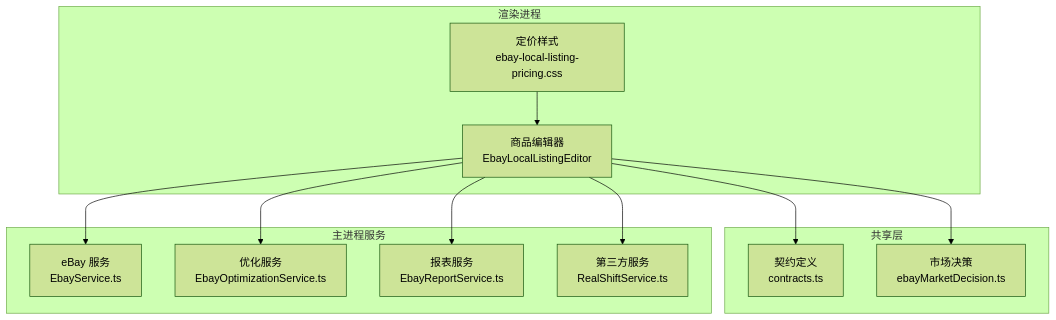
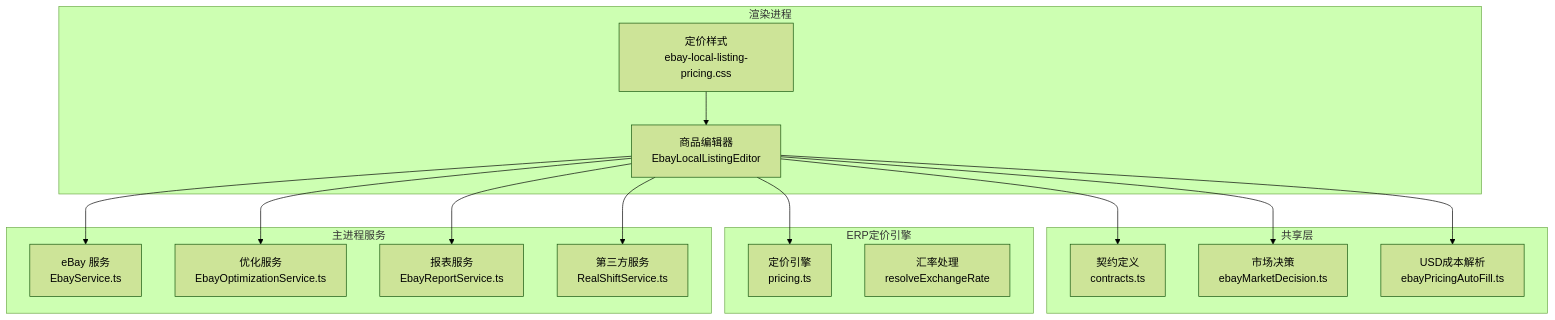
The first of 5 diagrams in .qoder/repowiki/zh/content/系统架构/渲染进程架构/Ebay本地商品编辑器/定价计算引擎.md (iljahofbauer219-lang/yandu), drawn with Mermaid (forest theme) before and after one commit. The commit also changed other lines of this file and 22 other files, not shown here.

````diff
--- a/.qoder/repowiki/zh/content/系统架构/渲染进程架构/Ebay本地商品编辑器/定价计算引擎.md
+++ b/.qoder/repowiki/zh/content/系统架构/渲染进程架构/Ebay本地商品编辑器/定价计算引擎.md
@@ -38,24 +45,31 @@
 ```mermaid
 graph TB
 subgraph "渲染进程"
 UI["商品编辑器<br/>EbayLocalListingEditor"]
 CSS["定价样式<br/>ebay-local-listing-pricing.css"]
 end
 subgraph "共享层"
 Contracts["契约定义<br/>contracts.ts"]
 MarketDec["市场决策<br/>ebayMarketDecision.ts"]
+UsdParser["USD成本解析<br/>ebayPricingAutoFill.ts"]
+end
+subgraph "ERP定价引擎"
+PricingEngine["定价引擎<br/>pricing.ts"]
+ExchangeRate["汇率处理<br/>resolveExchangeRate"]
 end
 subgraph "主进程服务"
 EbaySvc["eBay 服务<br/>EbayService.ts"]
 OptSvc["优化服务<br/>EbayOptimizationService.ts"]
 ReportSvc["报表服务<br/>EbayReportService.ts"]
 RealShift["第三方服务<br/>RealShiftService.ts"]
 end
 UI --> Contracts
 UI --> MarketDec
+UI --> UsdParser
+UI --> PricingEngine
 UI --> EbaySvc
 UI --> OptSvc
 UI --> ReportSvc
 UI --> RealShift
 CSS --> UI
 ```
````
